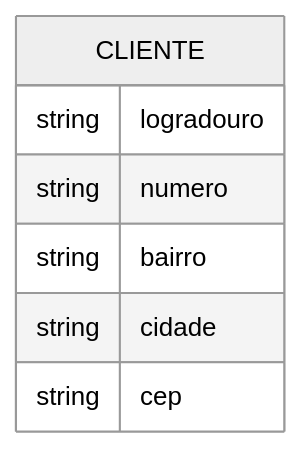
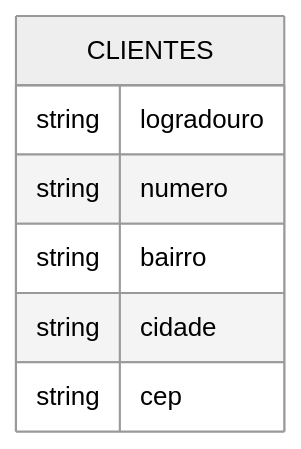
Diagram 12 of 15 in docs/aulas/Aula_02_Modelagem_Entidades.md (GTI-Fatec-Jahu/BDA-GTI-2026-2), drawn with Mermaid (neutral theme) before and after one commit. The commit also changed other lines of this file and 5 other files, not shown here.

````diff
--- a/docs/aulas/Aula_02_Modelagem_Entidades.md
+++ b/docs/aulas/Aula_02_Modelagem_Entidades.md
@@ -466,10 +466,10 @@
 ```mermaid
 erDiagram
-    CLIENTE {
+    CLIENTES {
         string logradouro
         string numero
         string bairro
         string cidade
         string cep
     }
 ```
````
